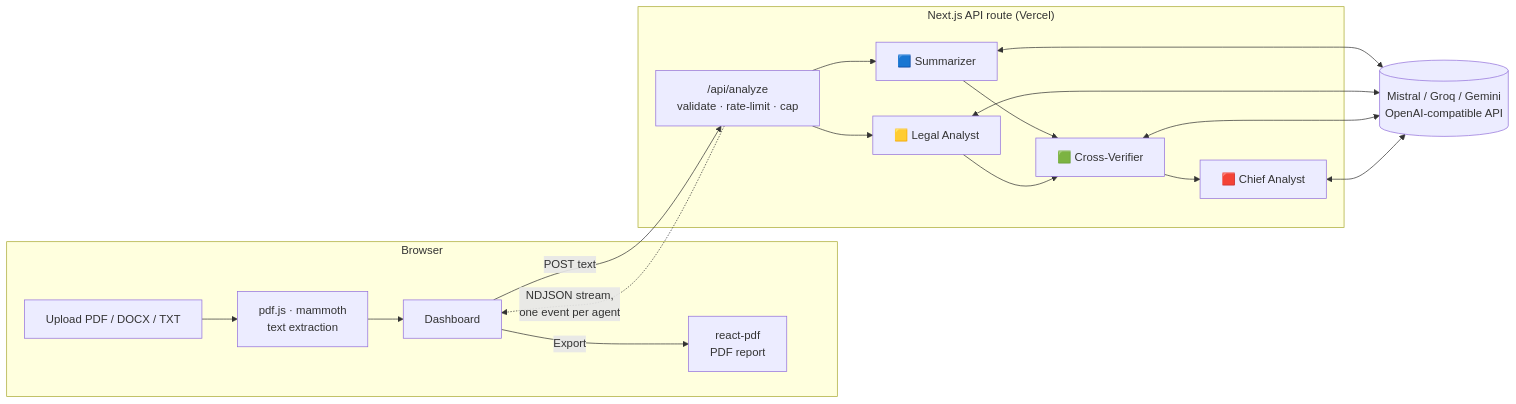
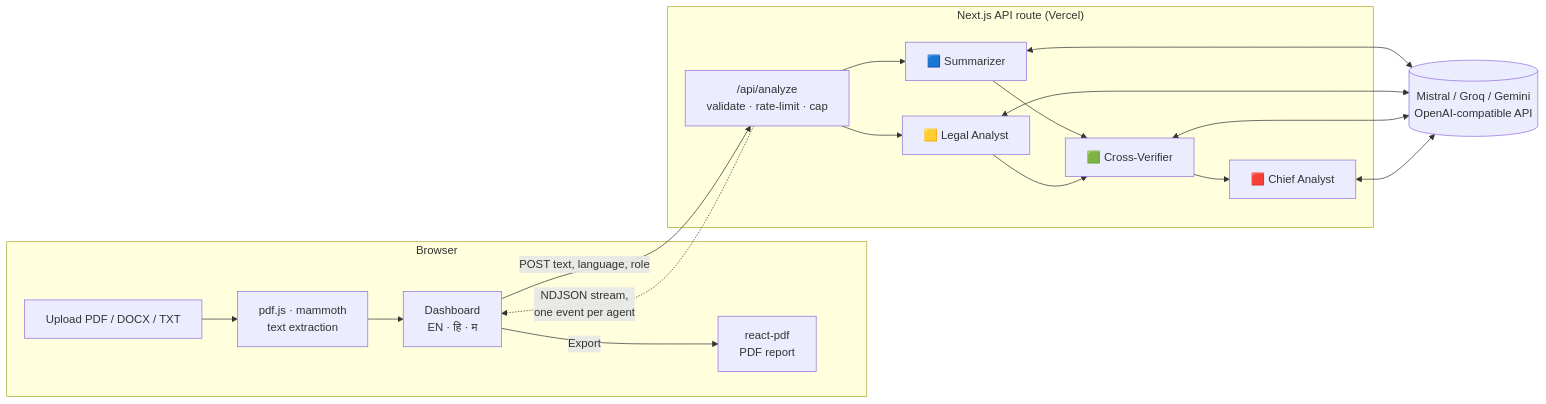
One commit to jagdish3135/lexagent changed the second of 2 diagrams in README.md. Above: the diagram before and after it, drawn with Mermaid. The commit also changed other lines of this file and 77 other files, not shown here.

````diff
--- a/README.md
+++ b/README.md
@@ -301,19 +398,19 @@
 ```mermaid
 flowchart LR
     subgraph Browser
         A[Upload PDF / DOCX / TXT] --> B[pdf.js · mammoth<br/>text extraction]
-        B --> C[Dashboard]
+        B --> C[Dashboard<br/>EN · हि · म]
         C -->|Export| P[react-pdf<br/>PDF report]
     end
     subgraph Server["Next.js API route (Vercel)"]
         D["/api/analyze<br/>validate · rate-limit · cap"]
         D --> S[🟦 Summarizer]
         D --> L[🟨 Legal Analyst]
         S --> V[🟩 Cross-Verifier]
         L --> V
         V --> F[🟥 Chief Analyst]
     end
-    C -- "POST text" --> D
+    C -- "POST text, language, role" --> D
     D -. "NDJSON stream,<br/>one event per agent" .-> C
     S & L & V & F <--> M[(Mistral / Groq / Gemini<br/>OpenAI-compatible API)]
 ```
````
